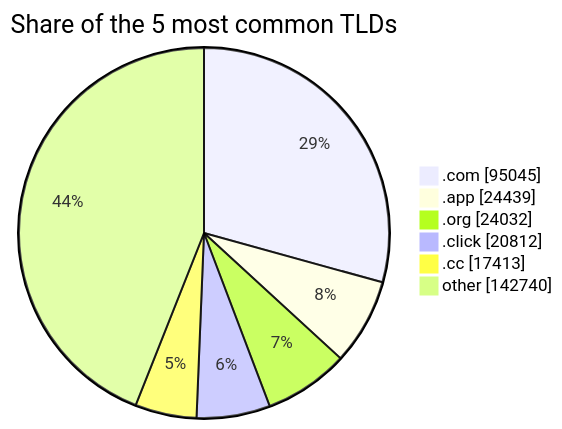
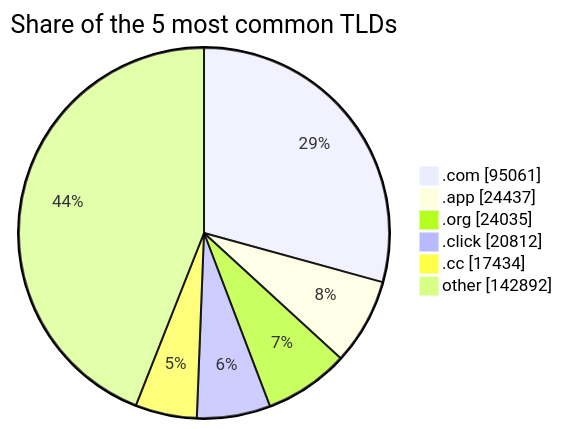
One commit to DNSBunker/CTI changed the third of 3 diagrams in README.md. Above: the diagram before and after it, drawn with Mermaid. The commit also changed other lines of this file and 4 other files, not shown here.

````diff
--- a/README.md
+++ b/README.md
@@ -81,9 +81,9 @@
 ```mermaid
 pie showData title Share of the 5 most common TLDs
-    ".com" : 95045
-    ".app" : 24439
-    ".org" : 24032
+    ".com" : 95061
+    ".app" : 24437
+    ".org" : 24035
     ".click" : 20812
-    ".cc" : 17413
-    "other" : 142740
+    ".cc" : 17434
+    "other" : 142892
 ```
````
